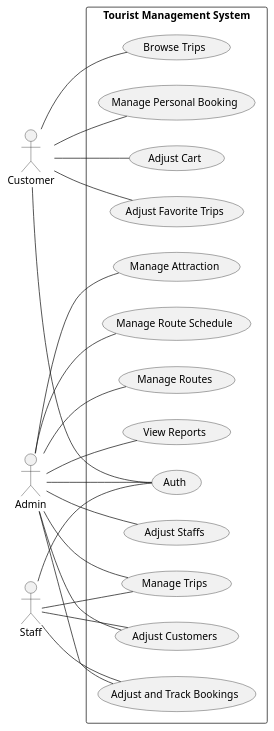
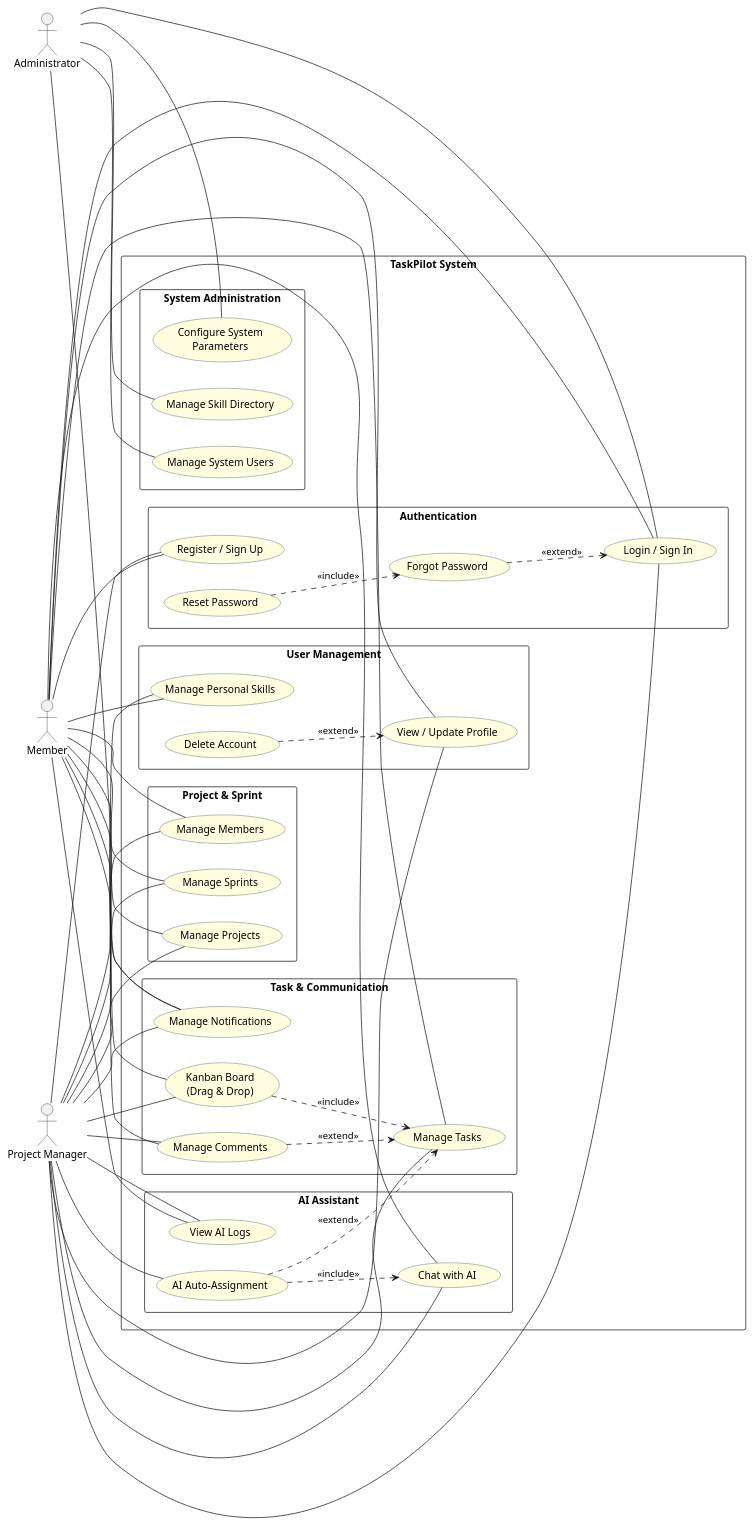
Before and after one commit to taskpilot-platform/taskpilot-platform.github.io: the diagram in docs/docs/use-case/system.md, drawn with PlantUML. The commit also changed other lines of this file and 3 other files, not shown here.

Commit message:
fix: fix use-case diagram

````diff
--- a/docs/docs/use-case/system.md
+++ b/docs/docs/use-case/system.md
@@ -3,47 +3,103 @@
 ```plantuml
 @startuml
 left to right direction
-actor Customer
-actor Admin
-actor Staff
-
-rectangle "Tourist Management System" {
-  usecase UC01 as "Manage Personal Booking"
-  usecase UC02 as "Adjust Cart"
-  usecase UC03 as "Adjust Favorite Trips"
-  usecase UC04 as "Browse Trips"
-  usecase UC05 as "Manage Attraction"
-  usecase UC06 as "Adjust and Track Bookings"
-  usecase UC07 as "Manage Route Schedule"
-  usecase UC08 as "Manage Routes"
-  usecase UC09 as "Manage Trips"
-  usecase UC10 as "Auth"
-  usecase UC11 as "View Reports"
-  usecase UC12 as "Adjust Customers"
-  usecase UC13 as "Adjust Staffs"
+skinparam packageStyle rectangle
+skinparam usecase {
+  BackgroundColor LightYellow
+  BorderColor DarkSlateGray
 }
 
-Customer -- UC01
-Customer -- UC02
-Customer -- UC03
-Customer -- UC04
-Customer -- UC10
+actor "Project Manager" as PM
+actor "Member" as MEM
+actor "Administrator" as AD
 
-Admin -- UC05
-Admin -- UC06
-Admin -- UC07
-Admin -- UC08
-Admin -- UC09
-Admin -- UC11
-Admin -- UC12
-Admin -- UC13
-Admin -- UC10
+rectangle "TaskPilot System" {
 
-Staff -- UC09
-Staff -- UC06
-Staff -- UC10
-Staff -- UC12
+  package "Authentication" {
+    usecase "Login / Sign In" as UC_LOGIN
+    usecase "Register / Sign Up" as UC_REG
+    usecase "Forgot Password" as UC_FORGOT
+    usecase "Reset Password" as UC_RESET
+  }
 
+  package "User Management" {
+    usecase "View / Update Profile" as UC_PROFILE
+    usecase "Manage Personal Skills" as UC_SKILLS
+    usecase "Delete Account" as UC_DEL_ACC
+  }
+
+  package "System Administration" {
+    usecase "Configure System\nParameters" as UC_SYS_CFG
+    usecase "Manage Skill Directory" as UC_SYS_SKILL
+    usecase "Manage System Users" as UC_SYS_USER
+  }
+
+  package "Project & Sprint" {
+    usecase "Manage Projects" as UC_PROJECT
+    usecase "Manage Members" as UC_MEMBER
+    usecase "Manage Sprints" as UC_SPRINT
+  }
+
+  package "Task & Communication" {
+    usecase "Manage Tasks" as UC_TASK
+    usecase "Kanban Board\n(Drag & Drop)" as UC_KANBAN
+    usecase "Manage Comments" as UC_COMMENT
+    usecase "Manage Notifications" as UC_NOTI
+  }
+
+  package "AI Assistant" {
+    usecase "Chat with AI" as UC_AI_CHAT
+    usecase "AI Auto-Assignment" as UC_AI_ASSIGN
+    usecase "View AI Logs" as UC_AI_LOG
+  }
+
+  ' === Include relationships ===
+  UC_RESET ..> UC_FORGOT : <<include>>
+  UC_AI_ASSIGN ..> UC_AI_CHAT : <<include>>
+  UC_KANBAN ..> UC_TASK : <<include>>
+
+  ' === Extend relationships ===
+  UC_FORGOT ..> UC_LOGIN : <<extend>>
+  UC_DEL_ACC ..> UC_PROFILE : <<extend>>
+  UC_AI_ASSIGN ..> UC_TASK : <<extend>>
+  UC_COMMENT ..> UC_TASK : <<extend>>
+}
+
+' === Actor associations ===
+AD -- UC_LOGIN
+AD -- UC_SYS_CFG
+AD -- UC_SYS_SKILL
+AD -- UC_SYS_USER
+AD -- UC_NOTI
+
+PM -- UC_LOGIN
+PM -- UC_REG
+PM -- UC_PROFILE
+PM -- UC_SKILLS
+PM -- UC_PROJECT
+PM -- UC_MEMBER
+PM -- UC_SPRINT
+PM -- UC_TASK
+PM -- UC_KANBAN
+PM -- UC_COMMENT
+PM -- UC_NOTI
+PM -- UC_AI_CHAT
+PM -- UC_AI_ASSIGN
+PM -- UC_AI_LOG
+
+MEM -- UC_LOGIN
+MEM -- UC_REG
+MEM -- UC_PROFILE
+MEM -- UC_SKILLS
+MEM -- UC_PROJECT
+MEM -- UC_MEMBER
+MEM -- UC_SPRINT
+MEM -- UC_TASK
+MEM -- UC_KANBAN
+MEM -- UC_COMMENT
+MEM -- UC_NOTI
+MEM -- UC_AI_CHAT
+MEM -- UC_AI_LOG
 
 @enduml
 ```
````
